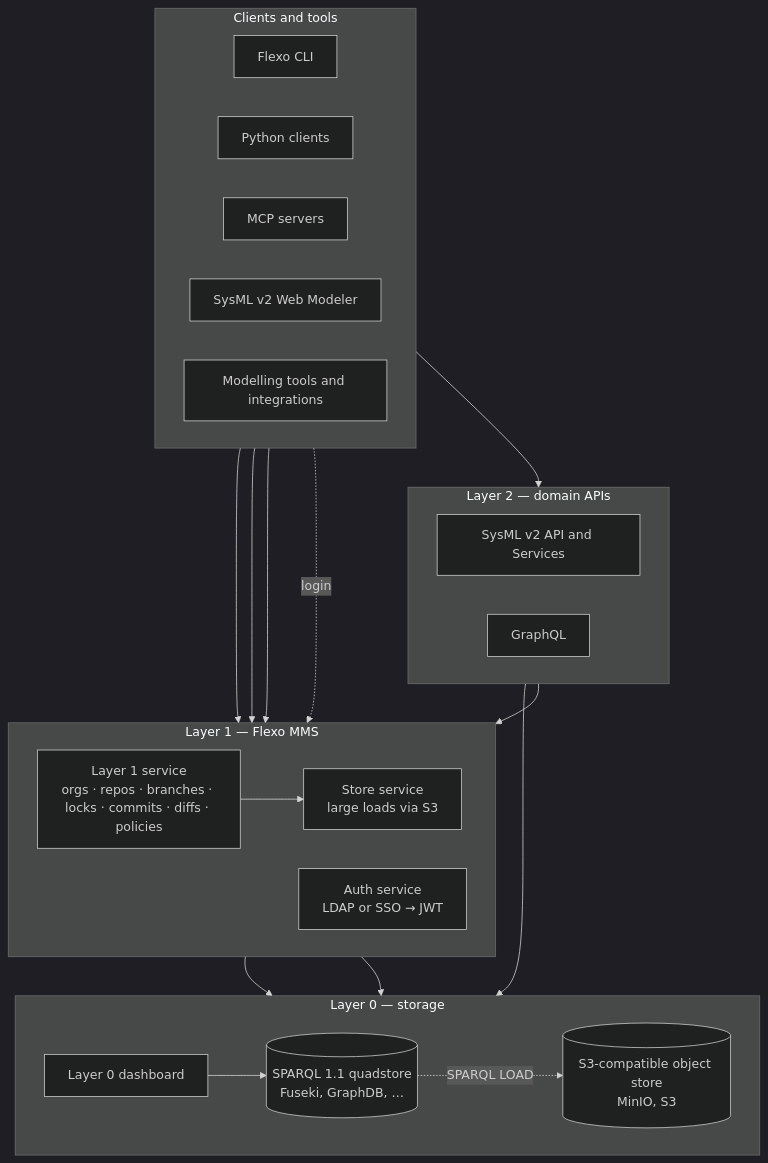
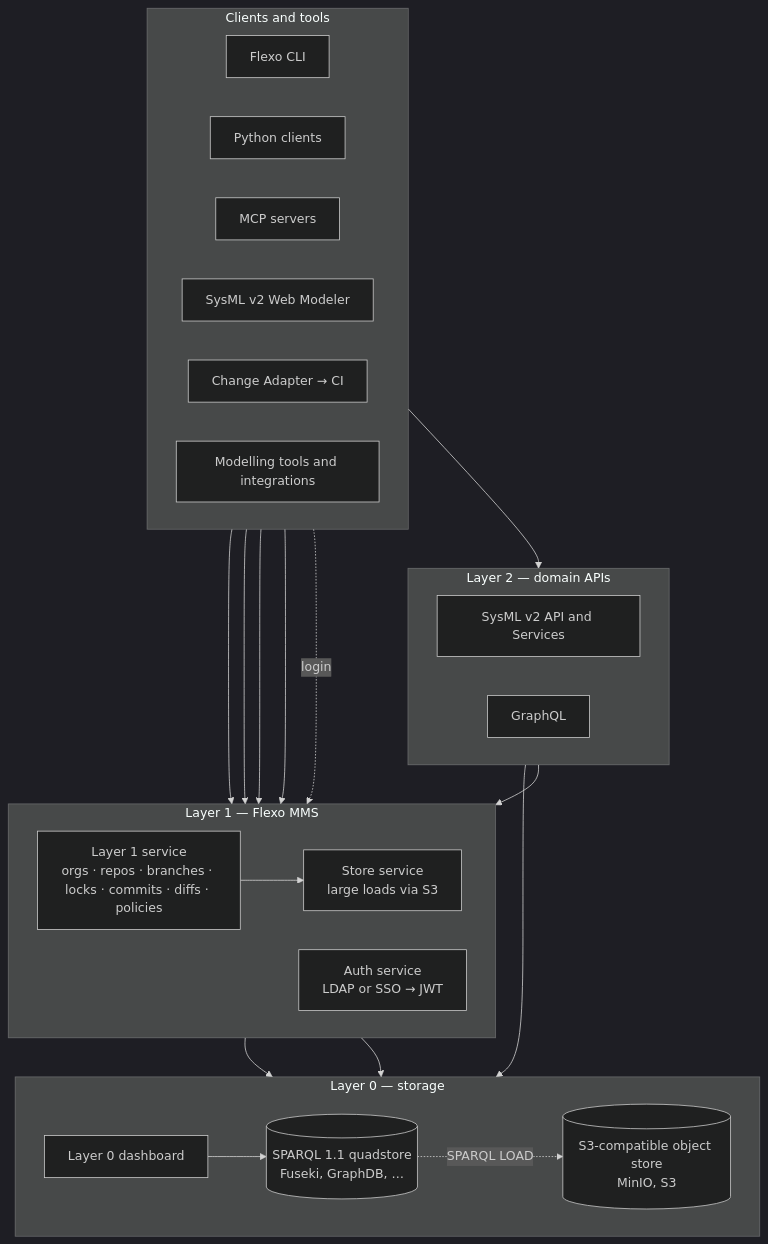
The diagram in docs/architecture.md (Open-MBEE/flexo-mms.openmbee.org), drawn with Mermaid (dark theme) before and after one commit. The commit also changed other lines of this file and 8 other files, not shown here.

````diff
--- a/docs/architecture.md
+++ b/docs/architecture.md
@@ -8,44 +8,46 @@
 ```mermaid
 flowchart TB
   subgraph clients [Clients and tools]
     direction LR
     cli[Flexo CLI]
     py[Python clients]
     mcp[MCP servers]
     modeler[SysML v2 Web Modeler]
+    adapter[Change Adapter → CI]
     apps[Modelling tools and integrations]
   end
 
   subgraph l2 [Layer 2 — domain APIs]
     direction LR
     sysml[SysML v2 API and Services]
     graphql[GraphQL]
   end
 
   subgraph l1 [Layer 1 — Flexo MMS]
     direction LR
     layer1[Layer 1 service<br/>orgs · repos · branches · locks · commits · diffs · policies]
     auth[Auth service<br/>LDAP or SSO → JWT]
     store[Store service<br/>large loads via S3]
   end
 
   subgraph l0 [Layer 0 — storage]
     direction LR
     quad[(SPARQL 1.1 quadstore<br/>Fuseki, GraphDB, …)]
     s3[(S3-compatible object store<br/>MinIO, S3)]
     dash[Layer 0 dashboard]
   end
 
   clients --> l2
   cli --> layer1
   mcp --> layer1
   py --> layer1
+  adapter --> layer1
   sysml --> layer1
   graphql --> quad
   clients -. login .-> auth
   layer1 --> quad
   layer1 --> store
   store --> s3
   quad -. SPARQL LOAD .-> s3
   dash --> quad
 ```
````
